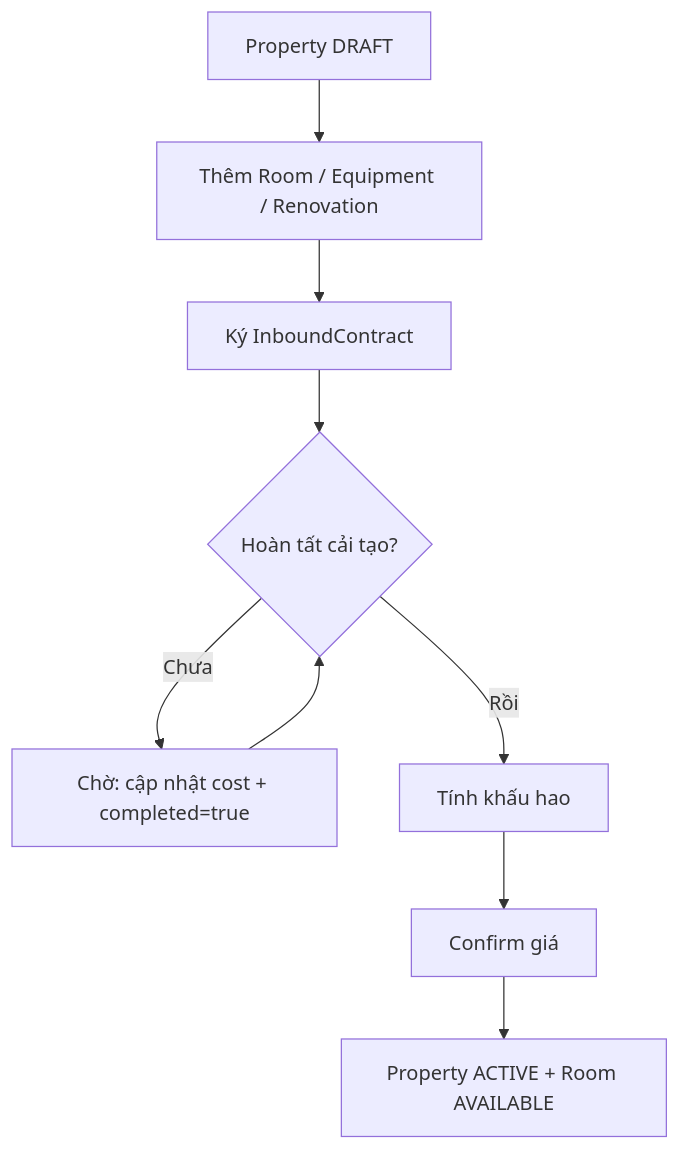
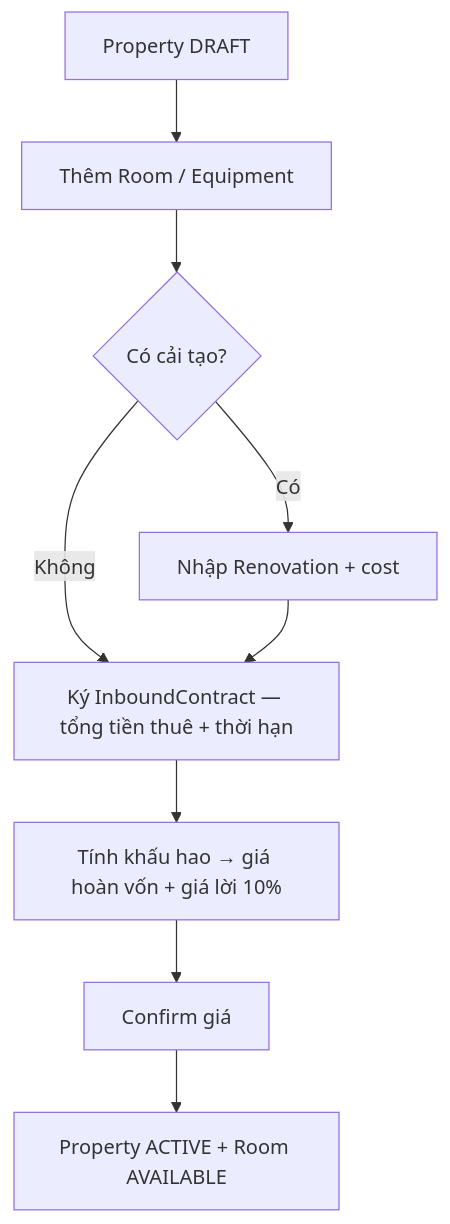
One commit to gowahskoja113/Sub-leasing-managemant-system changed the diagram in docs/property-onboarding-frontend-guide.md. Above: the diagram before and after it, drawn with Mermaid. The commit also changed other lines of this file and 17 other files, not shown here.

````diff
--- a/docs/property-onboarding-frontend-guide.md
+++ b/docs/property-onboarding-frontend-guide.md
@@ -76,11 +59,11 @@
 ```mermaid
 flowchart TD
-    A[Property DRAFT] --> B[Thêm Room / Equipment / Renovation]
-    B --> C[Ký InboundContract]
-    C --> R{Hoàn tất cải tạo?}
-    R -->|Chưa| W[Chờ: cập nhật cost + completed=true]
-    W --> R
-    R -->|Rồi| D[Tính khấu hao]
+    A[Property DRAFT] --> B[Thêm Room / Equipment]
+    B --> R{Có cải tạo?}
+    R -->|Có| B2[Nhập Renovation + cost]
+    R -->|Không| C
+    B2 --> C[Ký InboundContract — tổng tiền thuê + thời hạn]
+    C --> D[Tính khấu hao → giá hoàn vốn + giá lời 10%]
     D --> E[Confirm giá]
     E --> F[Property ACTIVE + Room AVAILABLE]
 ```
````
